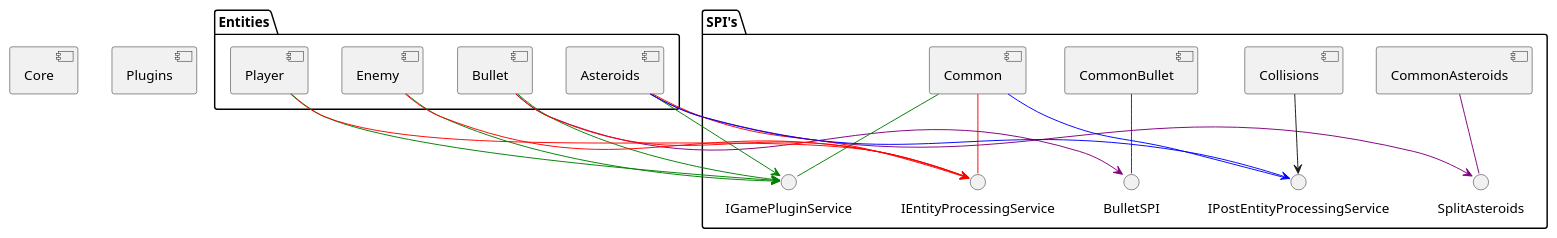
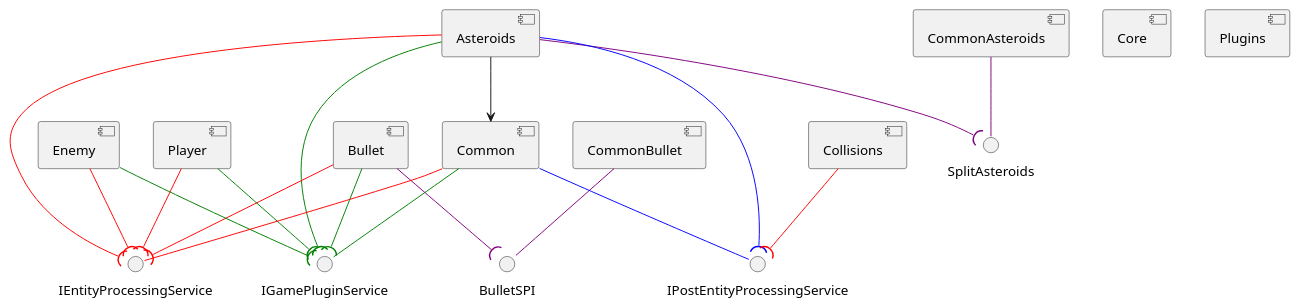
The diagram in diagrams/componentsbased_uml/Componentsbased.puml (vimis22/PlantUML-Diagrams), drawn with PlantUML before and after one commit.

Commit message:
I have made some additional changes to the UML-Diagram.

```diff
--- a/diagrams/componentsbased_uml/Componentsbased.puml
+++ b/diagrams/componentsbased_uml/Componentsbased.puml
@@ -1,44 +1,41 @@
 @startuml
 'https://plantuml.com/component-diagram
 
-
-package "Entities"{
 [Asteroids]
+[Asteroids] --> [Common]
+[Asteroids] -[#purple]-( SplitAsteroids
+[Asteroids] -[#green]-( IGamePluginService
+[Asteroids] -[#red]-( IEntityProcessingService
+[Asteroids] -[#blue]-( IPostEntityProcessingService
 
 [Bullet]
+[Bullet] -[#purple]-( BulletSPI
+[Bullet] -[#green]-( IGamePluginService
+[Bullet] -[#red]-( IEntityProcessingService
 
 [Enemy]
+[Enemy] -[#green]-( IGamePluginService
+[Enemy] -[#red]-( IEntityProcessingService
 
 [Player]
-}
+[Player] -[#green]-( IGamePluginService
+[Player] -[#red]-( IEntityProcessingService
 
-package "SPI's"{
+
 [CommonAsteroids] -[#purple]- SplitAsteroids
-[Asteroids] -[#purple]-> SplitAsteroids
 
 
 [CommonBullet] -[#purple]- BulletSPI
-[Bullet] -[#purple]-> BulletSPI
 
 [Common] -[#green]- IGamePluginService
 [Common] -[#blue]- IPostEntityProcessingService
 [Common] -[#red]- IEntityProcessingService
-[Collisions] --> IPostEntityProcessingService
-[Asteroids] -[#green]-> IGamePluginService
-[Asteroids] -[#red]-> IEntityProcessingService
-[Asteroids] -[#blue]-> IPostEntityProcessingService
-[Bullet] -[#green]-> IGamePluginService
-[Bullet] -[#red]-> IEntityProcessingService
-[Enemy] -[#green]-> IGamePluginService
-[Enemy] -[#red]-> IEntityProcessingService
-[Player] -[#green]-> IGamePluginService
-[Player] -[#red]-> IEntityProcessingService
-}
 
 [Collisions]
+[Collisions] -[#red]-( IPostEntityProcessingService
 
 [Core]
 
 [Plugins]
 
 @enduml
```
